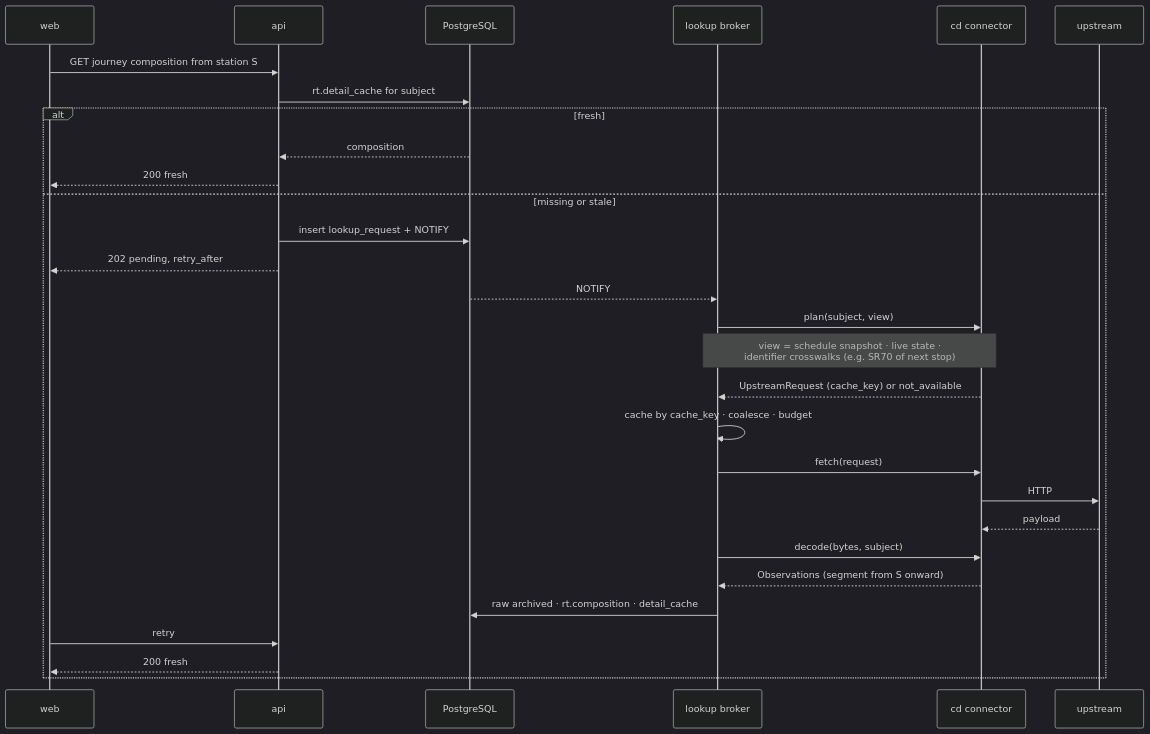
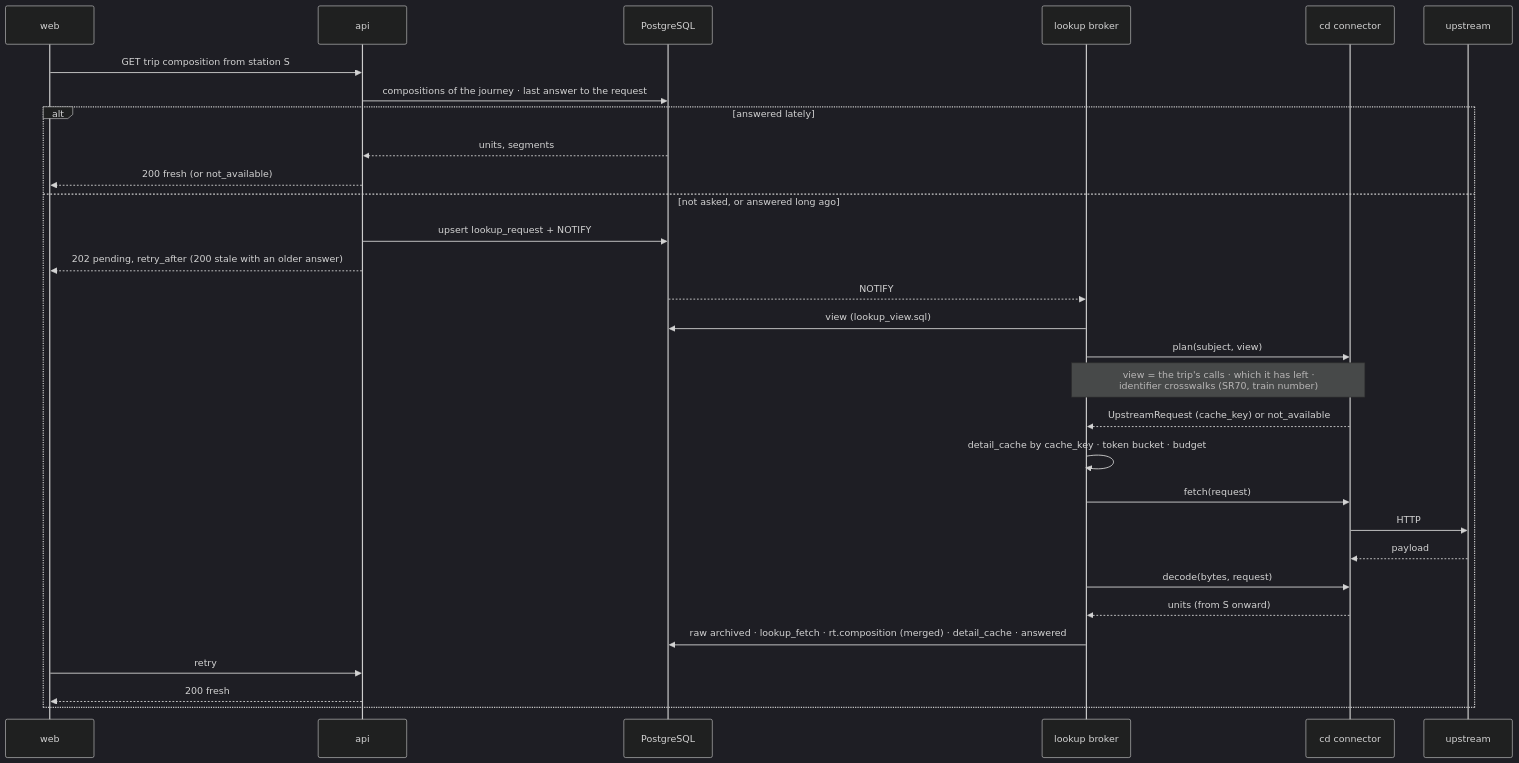
One commit to Sap1k/obehy changed the third of 5 diagrams in ARCHITECTURE.md. Above: the diagram before and after it, drawn with Mermaid (dark theme). The commit also changed other lines of this file and 37 other files, not shown here.

First line of the commit message:
feat(compositions): lookup broker, ČD connector, composition API

````diff
--- a/ARCHITECTURE.md
+++ b/ARCHITECTURE.md
@@ -214,31 +219,32 @@
 ```mermaid
 sequenceDiagram
   participant W as web
   participant A as api
   participant P as PostgreSQL
   participant B as lookup broker
   participant C as cd connector
   participant U as upstream
-  W->>A: GET journey composition from station S
-  A->>P: rt.detail_cache for subject
-  alt fresh
-    P-->>A: composition
-    A-->>W: 200 fresh
-  else missing or stale
-    A->>P: insert lookup_request + NOTIFY
-    A-->>W: 202 pending, retry_after
+  W->>A: GET trip composition from station S
+  A->>P: compositions of the journey · last answer to the request
+  alt answered lately
+    P-->>A: units, segments
+    A-->>W: 200 fresh (or not_available)
+  else not asked, or answered long ago
+    A->>P: upsert lookup_request + NOTIFY
+    A-->>W: 202 pending, retry_after (200 stale with an older answer)
     P-->>B: NOTIFY
+    B->>P: view (lookup_view.sql)
     B->>C: plan(subject, view)
-    Note over B,C: view = schedule snapshot · live state ·<br/>identifier crosswalks (e.g. SR70 of next stop)
+    Note over B,C: view = the trip's calls · which it has left ·<br/>identifier crosswalks (SR70, train number)
     C-->>B: UpstreamRequest (cache_key) or not_available
-    B->>B: cache by cache_key · coalesce · budget
+    B->>B: detail_cache by cache_key · token bucket · budget
     B->>C: fetch(request)
     C->>U: HTTP
     U-->>C: payload
-    B->>C: decode(bytes, subject)
-    C-->>B: Observations (segment from S onward)
-    B->>P: raw archived · rt.composition · detail_cache
+    B->>C: decode(bytes, request)
+    C-->>B: units (from S onward)
+    B->>P: raw archived · lookup_fetch · rt.composition (merged) · detail_cache · answered
     W->>A: retry
     A-->>W: 200 fresh
   end
 ```
````
